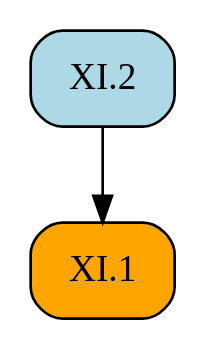
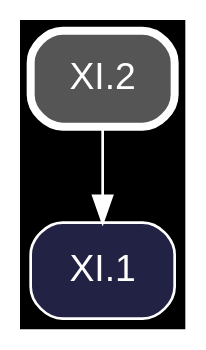
The diagram in docsrc/heath/XI/2/index.rst (geometor/elements), drawn with Graphviz before and after one commit. The commit also changed other lines of this file and 1200 other files, not shown here.

Commit message:
update dependency graphs

```diff
--- a/docsrc/heath/XI/2/index.rst
+++ b/docsrc/heath/XI/2/index.rst
@@ -37,9 +37,11 @@
 .. graphviz::
 
    digraph {
+     bgcolor="black";
+     node [shape=box, style="rounded,filled", fontname="Helvetica", color="white", fontcolor="white"];
+     edge [color="white", fontcolor="white"];
      rankdir="TB";
-     node [shape=box, style=rounded];
-     "XI.2" [style="rounded,filled", fillcolor=lightblue, URL="/heath/XI/2/", target="_top"];
-     "XI.1" [style="rounded,filled", fillcolor=orange, URL="/heath/XI/1/", target="_top"];
+     "XI.2" [penwidth=3, color="white", fillcolor="#555555", URL="/heath/XI/2/", target="_top"];
+     "XI.1" [fillcolor="#222244", URL="/heath/XI/1/", target="_top"];
      "XI.2" -> "XI.1";
    }
```
